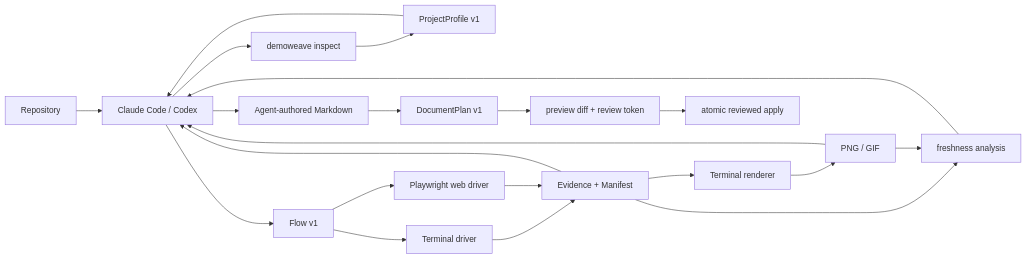
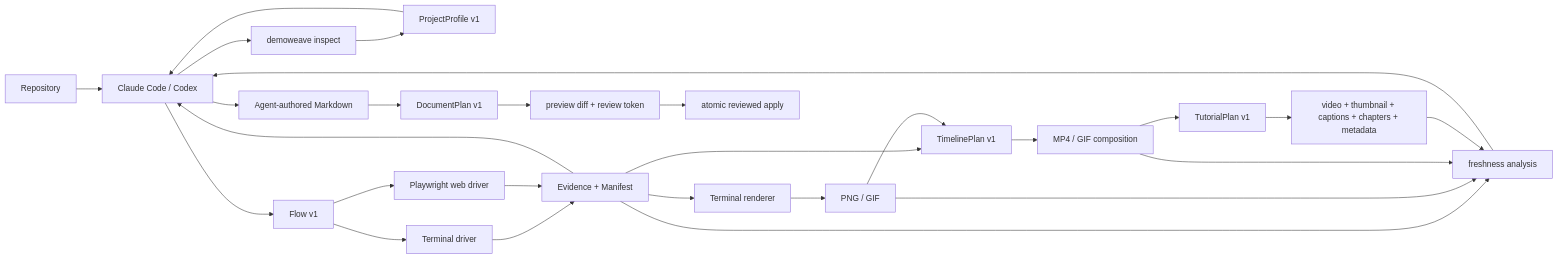
One commit to KingHacker9000/demoweave changed the diagram in README.md. Above: the diagram before and after it, drawn with Mermaid. The commit also changed other lines of this file and 19 other files, not shown here.

````diff
--- a/README.md
+++ b/README.md
@@ -46,23 +49,29 @@
 ```mermaid
 flowchart LR
     R["Repository"] --> A["Claude Code / Codex"]
     A --> I["demoweave inspect"]
     I --> P["ProjectProfile v1"]
     P --> A
     A --> F["Flow v1"]
     F --> T["Terminal driver"]
     F --> B["Playwright web driver"]
     T --> E["Evidence + Manifest"]
     B --> E
     E --> V["Terminal renderer"]
     V --> M["PNG / GIF"]
+    E --> TL["TimelinePlan v1"]
+    M --> TL
+    TL --> C["MP4 / GIF composition"]
+    C --> TP["TutorialPlan v1"]
+    TP --> PKG["video + thumbnail + captions + chapters + metadata"]
     E --> S["freshness analysis"]
     M --> S
+    C --> S
+    PKG --> S
     S --> A
     E --> A
-    M --> A
     A --> W["Agent-authored Markdown"]
     W --> DP["DocumentPlan v1"]
     DP --> RV["preview diff + review token"]
     RV --> AP["atomic reviewed apply"]
 ```
````
